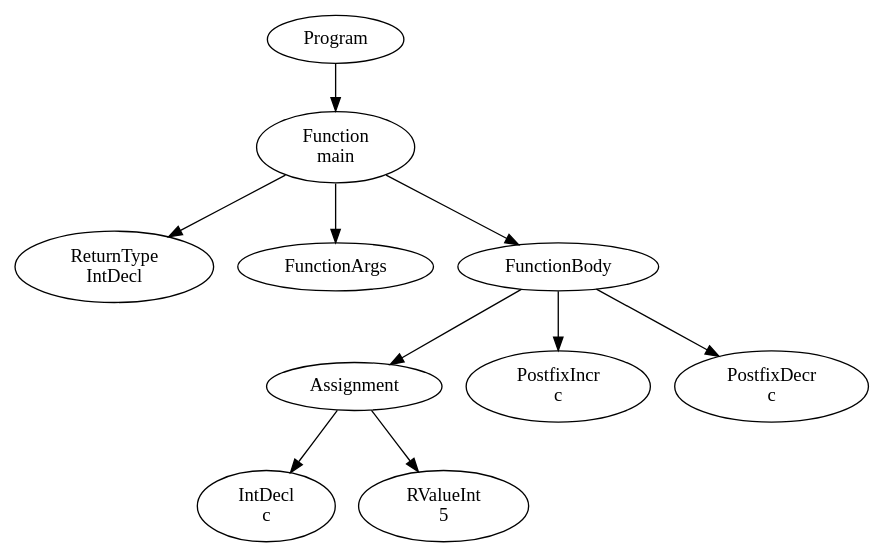
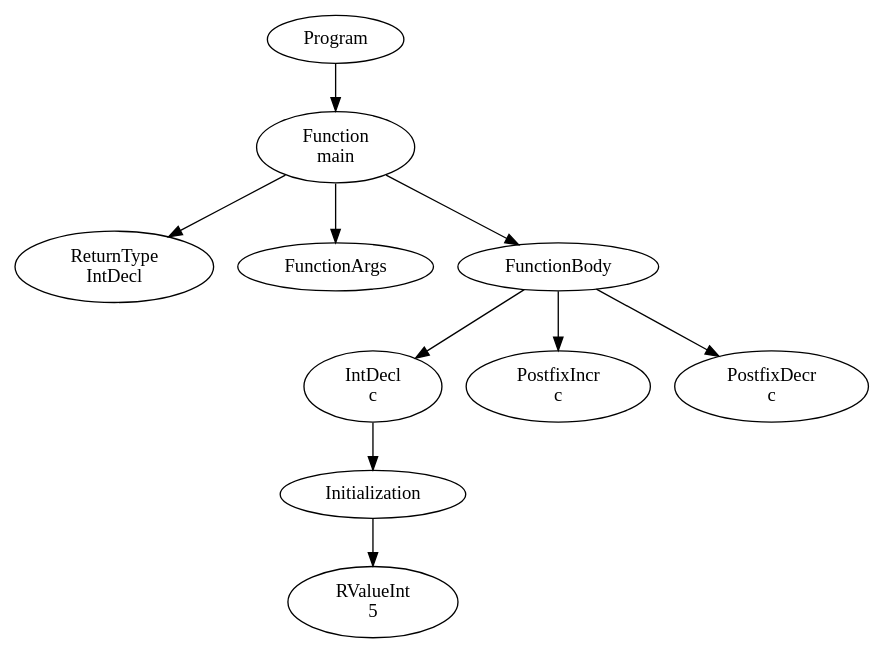
The diagram in official/res/solutions/increment.dot (FedericoQuin/Compilers), drawn with Graphviz before and after one commit. The commit also changed 19 other files, not shown here.

```diff
--- a/official/res/solutions/increment.dot
+++ b/official/res/solutions/increment.dot
@@ -1,21 +1,21 @@
 digraph AST {
 1 [label="Program"];
 2 [label="Function \nmain"];
 3 [label="ReturnType \nIntDecl"];
 4 [label="FunctionArgs"];
 5 [label="FunctionBody"];
-6 [label="Assignment"];
-7 [label="IntDecl \nc"];
+6 [label="IntDecl \nc"];
+7 [label="Initialization"];
 8 [label="RValueInt \n5"];
+7 -> 8;
 6 -> 7;
-6 -> 8;
 9 [label="PostfixIncr \nc"];
 10 [label="PostfixDecr \nc"];
 5 -> 6;
 5 -> 9;
 5 -> 10;
 2 -> 3;
 2 -> 4;
 2 -> 5;
 1 -> 2;
 }
```
